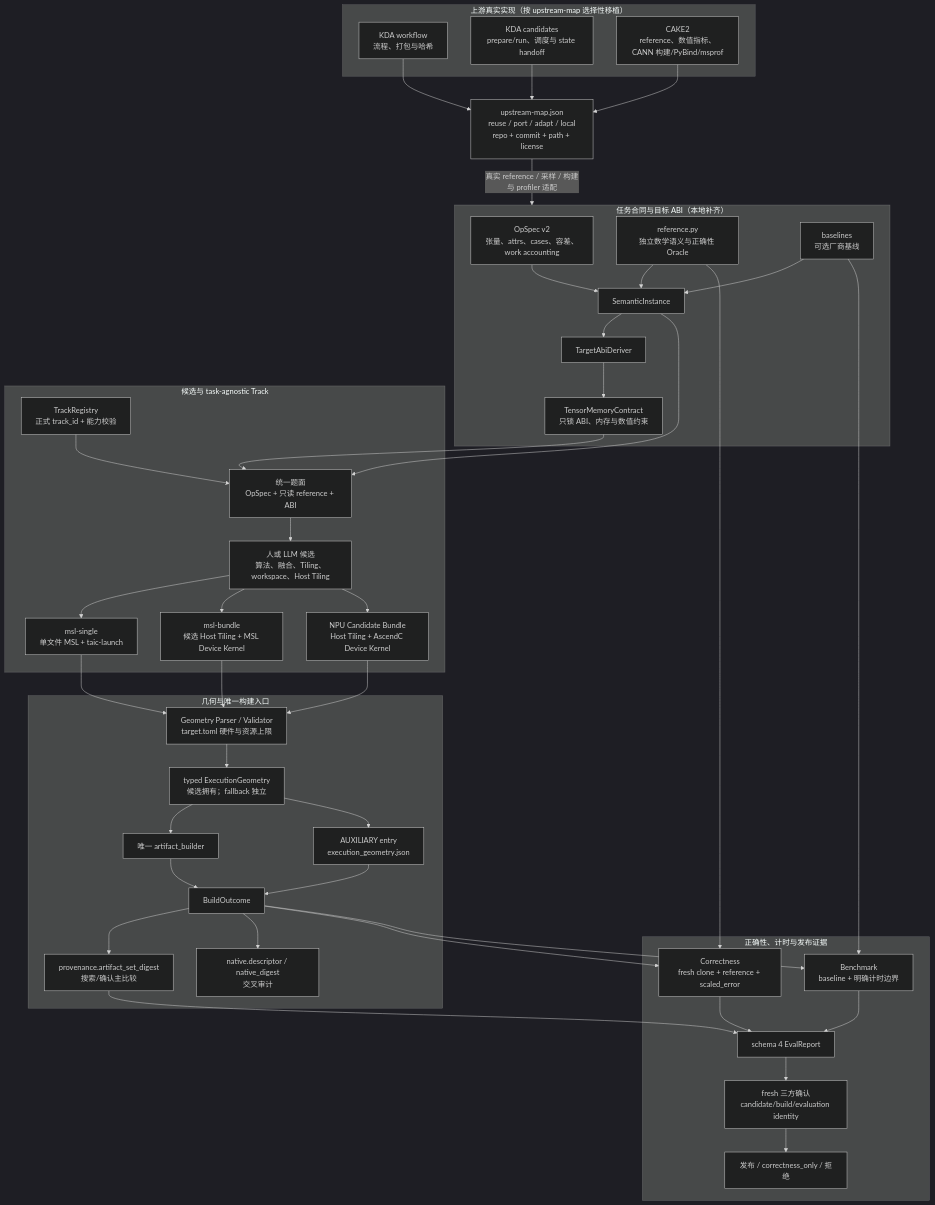
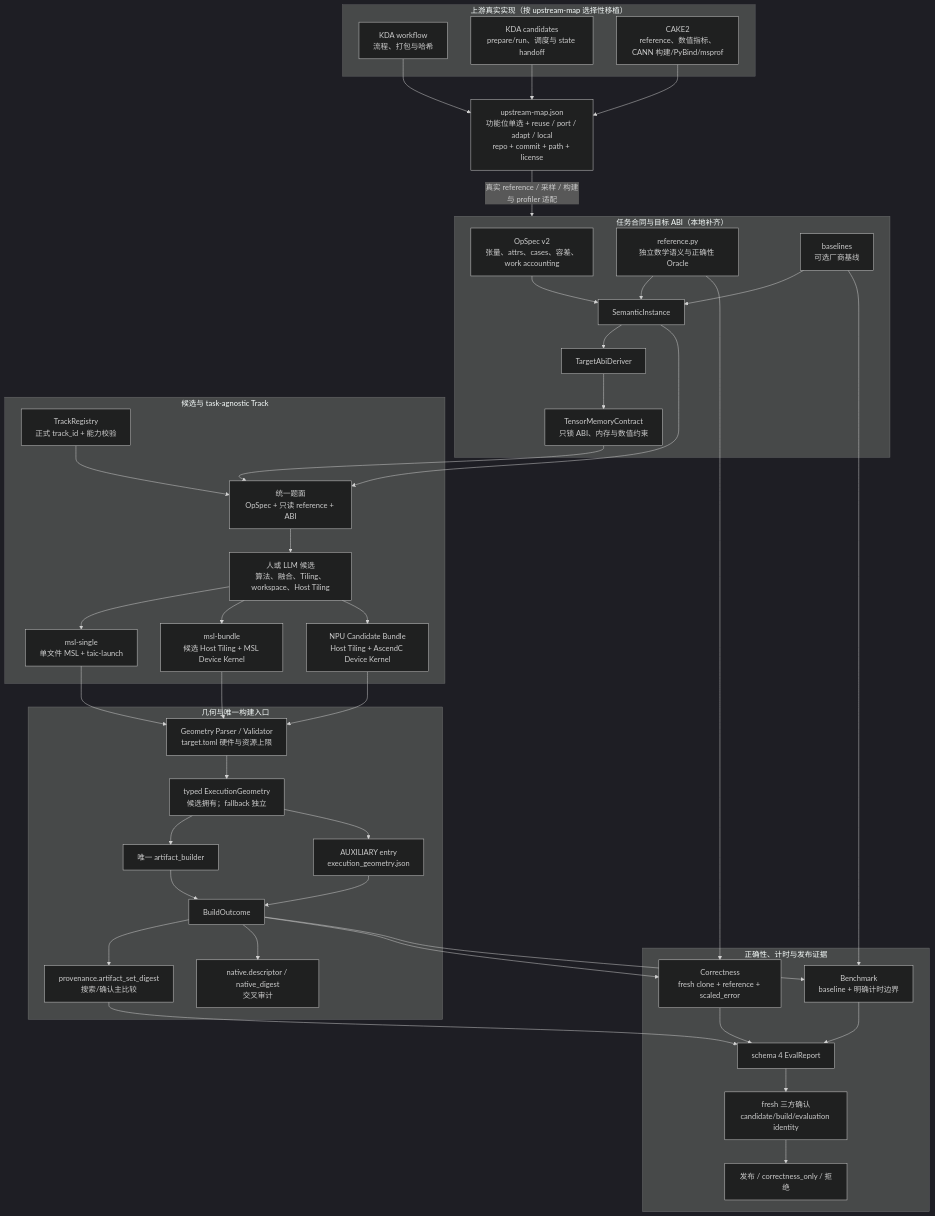
Before and after one commit to kuafuwang/ShapeForge: the diagram in docs/架构/跨硬件算子生成分工_9aef8d3a.plan.md, drawn with Mermaid (dark theme). The commit also changed other lines of this file and 1 other file, not shown here.

````diff
--- a/docs/架构/跨硬件算子生成分工_9aef8d3a.plan.md
+++ b/docs/架构/跨硬件算子生成分工_9aef8d3a.plan.md
@@ -79,79 +82,79 @@
 ```mermaid
 flowchart TB
   subgraph UP["上游真实实现（按 upstream-map 选择性移植）"]
     KW["KDA workflow<br/>流程、打包与哈希"]
     KK["KDA candidates<br/>prepare/run、调度与 state handoff"]
     CK["CAKE2<br/>reference、数值指标、CANN 构建/PyBind/msprof"]
   end
 
-  MAP["upstream-map.json<br/>reuse / port / adapt / local<br/>repo + commit + path + license"]
+  MAP["upstream-map.json<br/>功能位单选 + reuse / port / adapt / local<br/>repo + commit + path + license"]
   KW --> MAP
   KK --> MAP
   CK --> MAP
 
   subgraph TC["任务合同与目标 ABI（本地补齐）"]
     OS["OpSpec v2<br/>张量、attrs、cases、容差、work accounting"]
     RF["reference.py<br/>独立数学语义与正确性 Oracle"]
     BL["baselines<br/>可选厂商基线"]
     SI["SemanticInstance"]
     ABI["TargetAbiDeriver"]
     TMC["TensorMemoryContract<br/>只锁 ABI、内存与数值约束"]
     OS --> SI
     RF --> SI
     BL --> SI
     SI --> ABI --> TMC
   end
 
   MAP -->|"真实 reference / 采样 / 构建与 profiler 适配"| TC
 
   subgraph CT["候选与 task-agnostic Track"]
     TR["TrackRegistry<br/>正式 track_id + 能力校验"]
     PR["统一题面<br/>OpSpec + 只读 reference + ABI"]
     CA["人或 LLM 候选<br/>算法、融合、Tiling、workspace、Host Tiling"]
     MS["msl-single<br/>单文件 MSL + taic-launch"]
     MB["msl-bundle<br/>候选 Host Tiling + MSL Device Kernel"]
     NP["NPU Candidate Bundle<br/>Host Tiling + AscendC Device Kernel"]
     TR --> PR --> CA
     CA --> MS
     CA --> MB
     CA --> NP
   end
 
   SI --> PR
   TMC --> PR
 
   subgraph EX["几何与唯一构建入口"]
     GV["Geometry Parser / Validator<br/>target.toml 硬件与资源上限"]
     EG["typed ExecutionGeometry<br/>候选拥有；fallback 独立"]
     AB["唯一 artifact_builder"]
     BO["BuildOutcome"]
     GE["AUXILIARY entry<br/>execution_geometry.json"]
     AD["provenance.artifact_set_digest<br/>搜索/确认主比较"]
     ND["native.descriptor / native_digest<br/>交叉审计"]
     GV --> EG --> AB --> BO
     EG --> GE --> BO
     BO --> AD
     BO --> ND
   end
 
   MS --> GV
   MB --> GV
   NP --> GV
 
   subgraph EV["正确性、计时与发布证据"]
     CR["Correctness<br/>fresh clone + reference + scaled_error"]
     TM["Benchmark<br/>baseline + 明确计时边界"]
     R4["schema 4 EvalReport"]
     CF["fresh 三方确认<br/>candidate/build/evaluation identity"]
     PB["发布 / correctness_only / 拒绝"]
     CR --> R4
     TM --> R4
     AD --> R4
     R4 --> CF --> PB
   end
 
   RF --> CR
   BO --> CR
   BL --> TM
   BO --> TM
 ```
````
